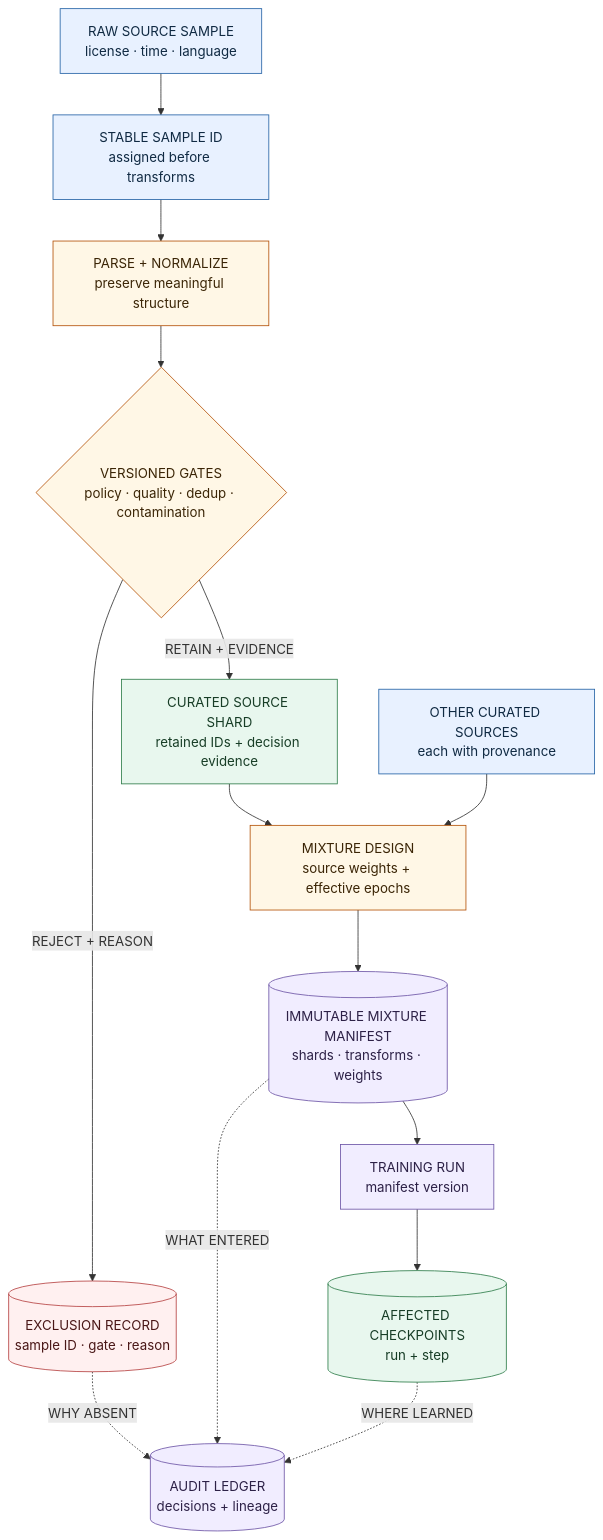
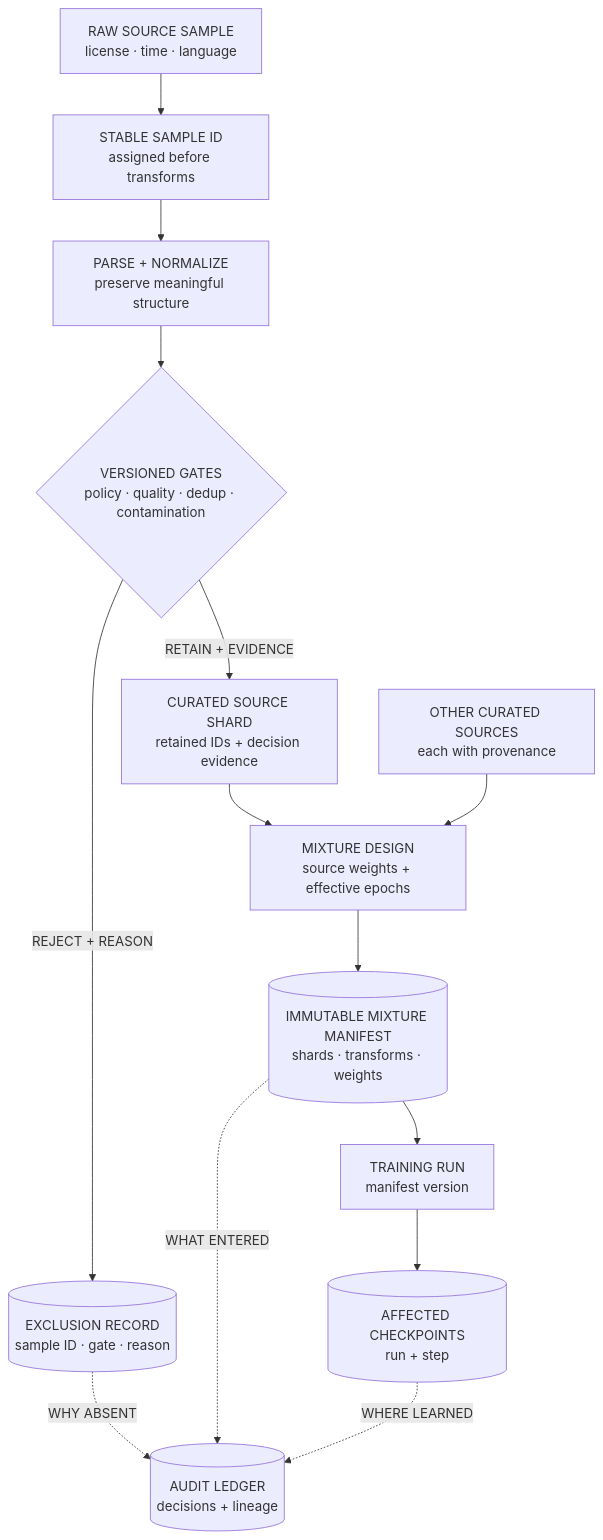
One commit to mlmentorship/mlmentorship.github.io changed the diagram in src/content/posts/2026-07-11-foundation-model-data-curation.md. Above: the diagram before and after it, drawn with Mermaid. The commit also changed 5 other files, not shown here.

````diff
--- a/src/content/posts/2026-07-11-foundation-model-data-curation.md
+++ b/src/content/posts/2026-07-11-foundation-model-data-curation.md
@@ -19,38 +19,34 @@
 ```mermaid
 flowchart TB
 	accTitle: Curation preserves a sample's lineage from source to checkpoint
 	accDescr: A raw source sample receives a stable identifier before parsing and normalization. Versioned policy, quality, deduplication, and contamination gates either reject it with a recorded reason or retain it with decision evidence. Retained samples become curated source shards. Explicit source weights and effective-epoch limits combine those shards with other curated sources in an immutable mixture manifest. The manifest identifies a training run and its checkpoints. An audit ledger records the source, transformation and gate versions, exclusion reasons, mixture manifest, run, and checkpoints, making both rejected samples and retained samples traceable.
 	Raw["RAW SOURCE SAMPLE<br/>license · time · language"]
 	Identity["STABLE SAMPLE ID<br/>assigned before transforms"]
 	Normalize["PARSE + NORMALIZE<br/>preserve meaningful structure"]
 	Gates{"VERSIONED GATES<br/>policy · quality · dedup · contamination"}
 	Reject[("EXCLUSION RECORD<br/>sample ID · gate · reason")]
 	Shard["CURATED SOURCE SHARD<br/>retained IDs + decision evidence"]
 	Others["OTHER CURATED SOURCES<br/>each with provenance"]
 	Weights["MIXTURE DESIGN<br/>source weights + effective epochs"]
 	Manifest[("IMMUTABLE MIXTURE MANIFEST<br/>shards · transforms · weights")]
 	Run["TRAINING RUN<br/>manifest version"]
 	Checkpoints[("AFFECTED CHECKPOINTS<br/>run + step")]
 	Audit[("AUDIT LEDGER<br/>decisions + lineage")]
 
 	Raw --> Identity --> Normalize --> Gates
 	Gates -->|"REJECT + REASON"| Reject
 	Gates -->|"RETAIN + EVIDENCE"| Shard
 	Shard --> Weights
 	Others --> Weights
 	Weights --> Manifest --> Run --> Checkpoints
 	Reject -.->|"WHY ABSENT"| Audit
 	Manifest -.->|"WHAT ENTERED"| Audit
 	Checkpoints -.->|"WHERE LEARNED"| Audit
 
-	classDef input fill:#e8f1ff,stroke:#2563a6,color:#102a43
-	classDef process fill:#fff7e6,stroke:#b45309,color:#3b2506
-	classDef state fill:#f1edff,stroke:#6d55a6,color:#2d2147
-	classDef outcome fill:#e8f7ee,stroke:#2f7d4a,color:#173d26
-	classDef warning fill:#fff0f0,stroke:#b64242,color:#4a1717
-	class Raw,Identity,Others input
-	class Normalize,Gates,Weights process
-	class Reject warning
-	class Shard,Checkpoints outcome
-	class Manifest,Run,Audit state
+	class Raw,Identity,Others viz-input
+	class Normalize,Gates,Weights viz-focus
+	class Reject viz-warning
+	class Shard,Checkpoints viz-output
+	class Manifest,Run,Audit viz-state
+	class Raw viz-tall
 ```
````
